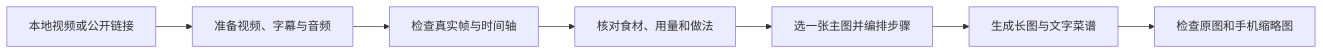
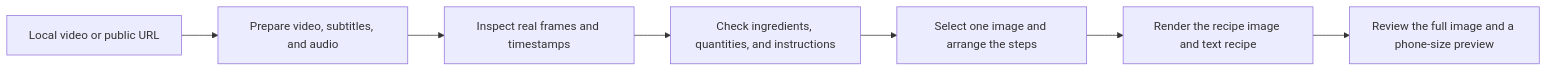
Before and after one commit to cloudwallker/video-recipe-extractor-skill: the diagram in README.md, drawn with Mermaid. The commit also changed other lines of this file and 2 other files, not shown here.

````diff
--- a/README.md
+++ b/README.md
@@ -119,9 +117,9 @@
 ```mermaid
 flowchart LR
-  A[本地视频或公开链接] --> B[准备视频、字幕与音频]
-  B --> C[检查真实帧与时间轴]
-  C --> D[核对食材、用量和做法]
-  D --> E[选一张主图并编排步骤]
-  E --> F[生成长图与文字菜谱]
-  F --> G[检查原图和手机缩略图]
+  A[Local video or public URL] --> B[Prepare video, subtitles, and audio]
+  B --> C[Inspect real frames and timestamps]
+  C --> D[Check ingredients, quantities, and instructions]
+  D --> E[Select one image and arrange the steps]
+  E --> F[Render the recipe image and text recipe]
+  F --> G[Review the full image and a phone-size preview]
 ```
````
